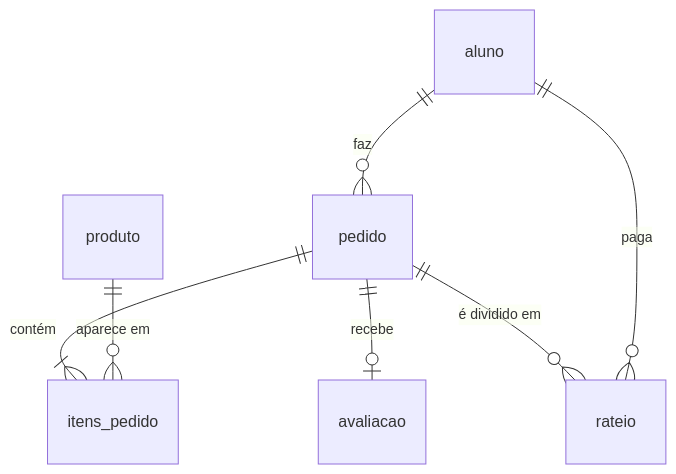
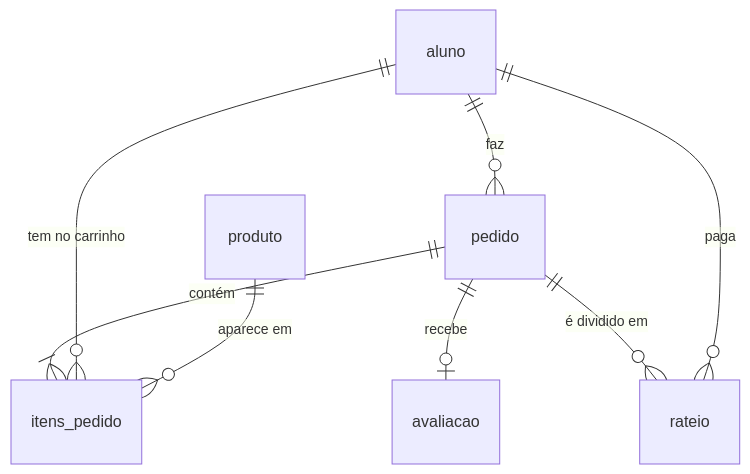
The first of 2 diagrams in backend/models/README.md (davimoraes678/Projeto-Cantina), drawn with Mermaid before and after one commit. The commit also changed other lines of this file and 21 other files, not shown here.

First line of the commit message:
Carrinho passa a ser os ItemPedido sem pedido

````diff
--- a/backend/models/README.md
+++ b/backend/models/README.md
@@ -22,9 +22,10 @@
 ```mermaid
 erDiagram
     aluno ||--o{ pedido : "faz"
     pedido ||--|{ itens_pedido : "contém"
+    aluno ||--o{ itens_pedido : "tem no carrinho"
     produto ||--o{ itens_pedido : "aparece em"
     pedido ||--o| avaliacao : "recebe"
     pedido ||--o{ rateio : "é dividido em"
     aluno ||--o{ rateio : "paga"
 ```
````
